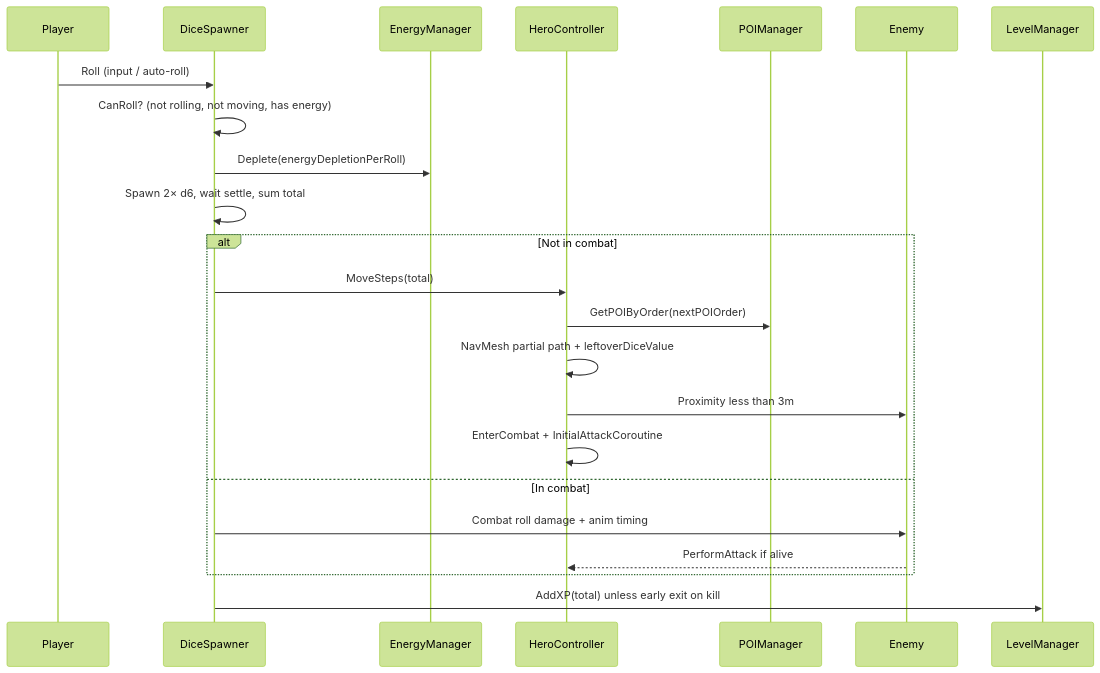
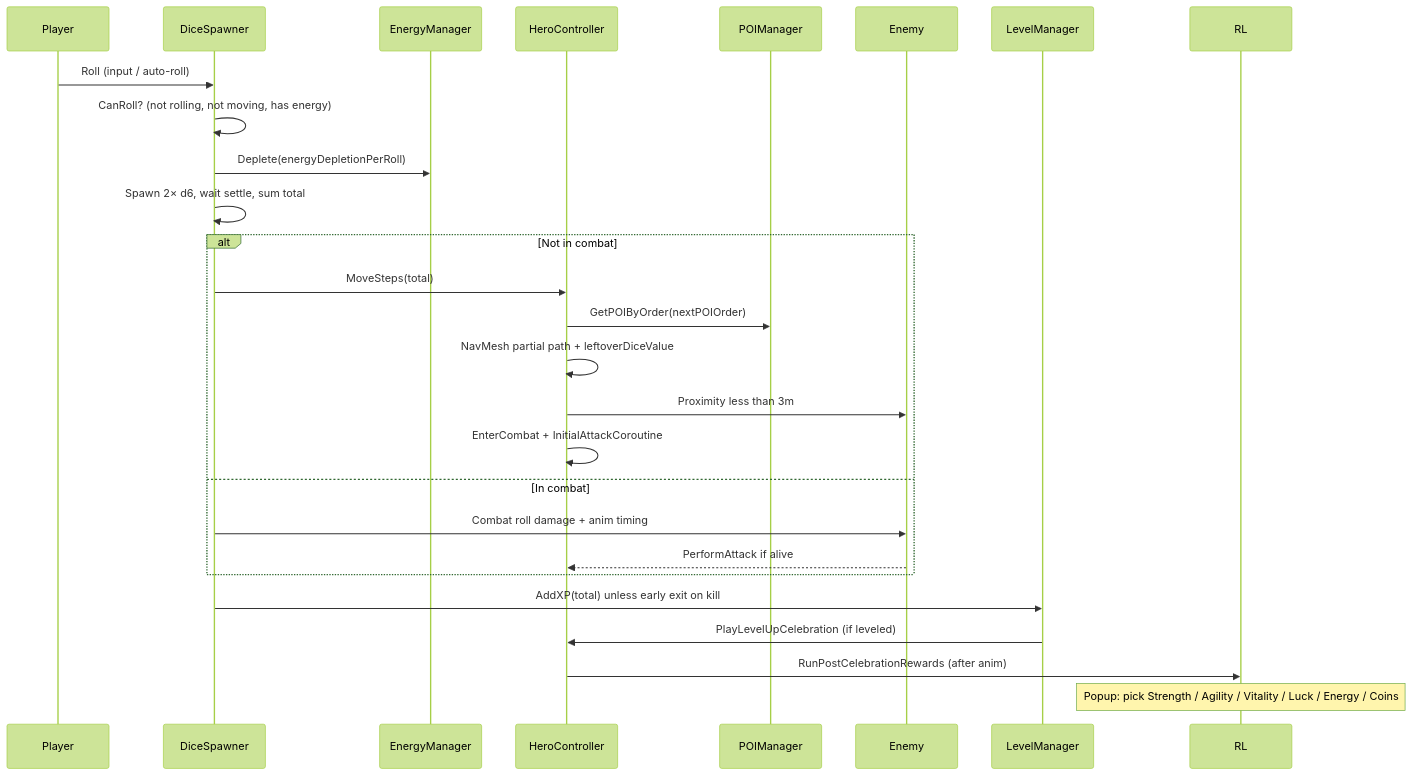
One commit to czyzem-stack/fatesRoll changed the fourth of 16 diagrams in docs/ARCHITECTURE.md. Above: the diagram before and after it, drawn with Mermaid (forest theme). The commit also changed other lines of this file and 21 other files, not shown here.

Commit message:
Add level-up roguelite reward popup with configurable stat offers

````diff
--- a/docs/ARCHITECTURE.md
+++ b/docs/ARCHITECTURE.md
@@ -175,28 +192,31 @@
 ```mermaid
 sequenceDiagram
     participant P as Player
     participant DS as DiceSpawner
     participant EM as EnergyManager
     participant HC as HeroController
     participant PM as POIManager
     participant EN as Enemy
     participant LM as LevelManager
 
     P->>DS: Roll (input / auto-roll)
     DS->>DS: CanRoll? (not rolling, not moving, has energy)
     DS->>EM: Deplete(energyDepletionPerRoll)
     DS->>DS: Spawn 2× d6, wait settle, sum total
 
     alt Not in combat
         DS->>HC: MoveSteps(total)
         HC->>PM: GetPOIByOrder(nextPOIOrder)
         HC->>HC: NavMesh partial path + leftoverDiceValue
         HC->>EN: Proximity less than 3m
         HC->>HC: EnterCombat + InitialAttackCoroutine
     else In combat
         DS->>EN: Combat roll damage + anim timing
         EN-->>HC: PerformAttack if alive
     end
 
     DS->>LM: AddXP(total) unless early exit on kill
+    LM->>HC: PlayLevelUpCelebration (if leveled)
+    HC->>RL: RunPostCelebrationRewards (after anim)
+    Note over RL: Popup: pick Strength / Agility / Vitality / Luck / Energy / Coins
 ```
````
